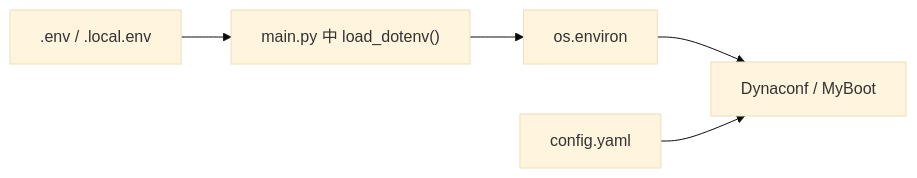
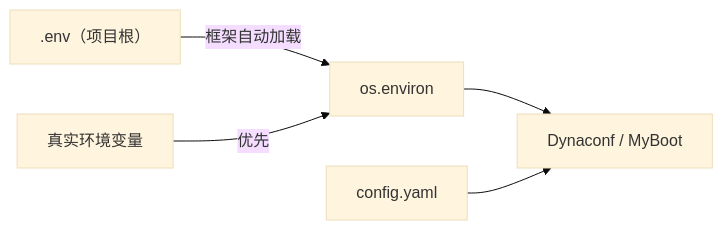
The second of 2 diagrams in docs/configuration.md (TrumanDu/myboot), drawn with Mermaid (base theme) before and after one commit. The commit also changed other lines of this file and 3 other files, not shown here.

First line of the commit message:
docs: multi-worker guide, metrics guide, .env auto-load docs (F1-F5)

````diff
--- a/docs/configuration.md
+++ b/docs/configuration.md
@@ -310,7 +316,7 @@
 ```mermaid
 flowchart LR
-  A[".env / .local.env"] --> B["main.py 中 load_dotenv()"]
-  B --> C["os.environ"]
+  A[".env（项目根）"] -->|"框架自动加载"| C["os.environ"]
+  B["真实环境变量"] -->|"优先"| C
   C --> D["Dynaconf / MyBoot"]
   E["config.yaml"] --> D
 ```
````
